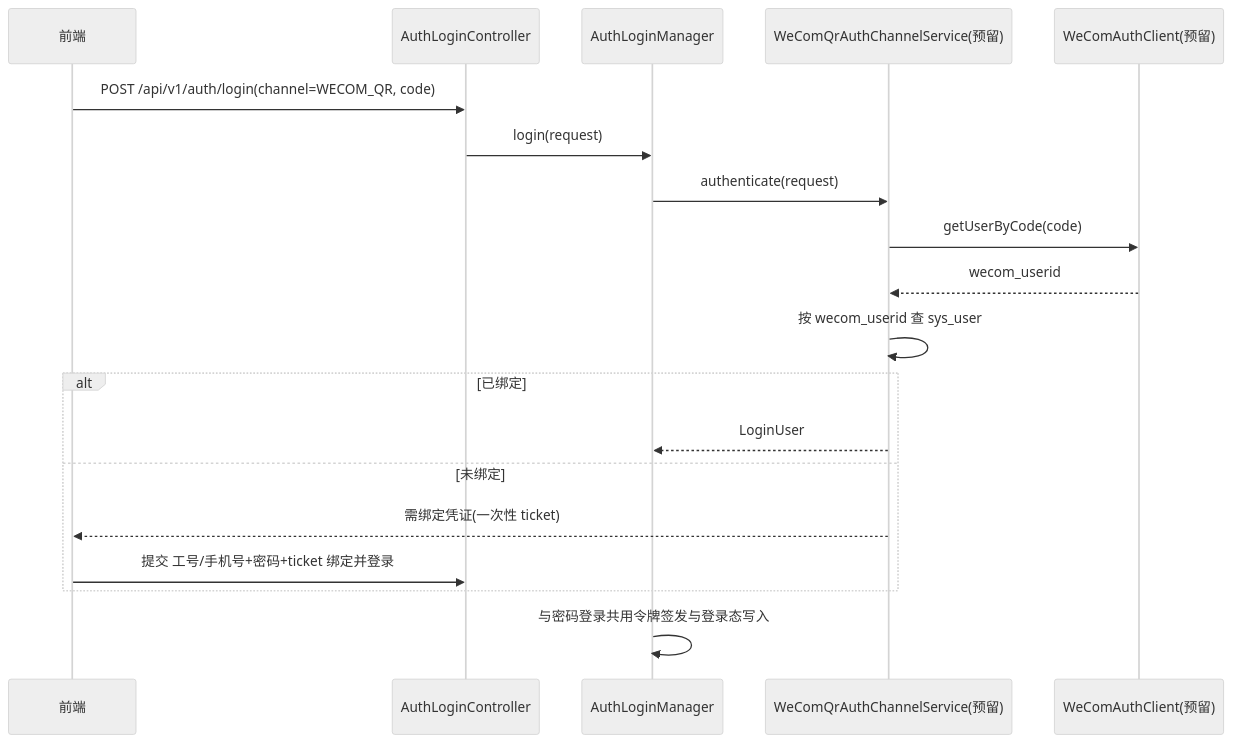
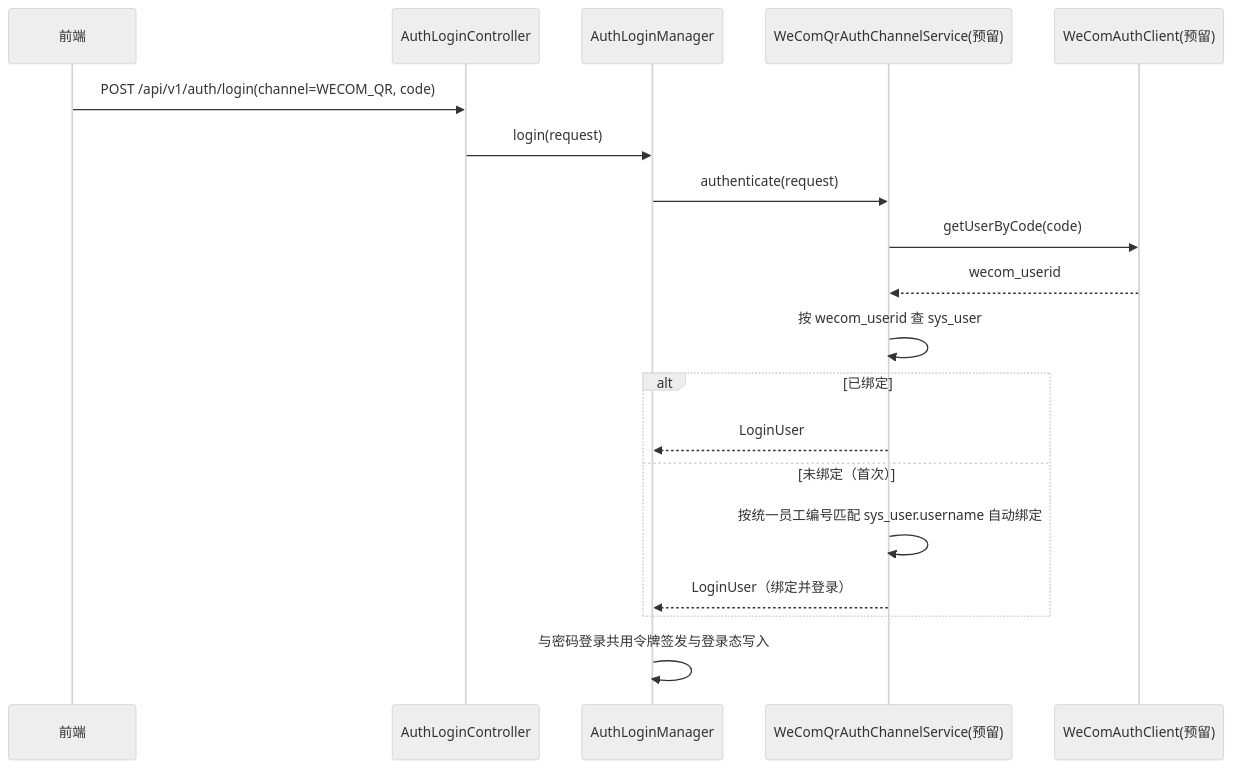
The fifth of 5 diagrams in docs/设计文档-权限管理体系.md (miniWh/cacch-enterprise-platform), drawn with Mermaid (neutral theme) before and after one commit. The commit also changed other lines of this file and 1 other file, not shown here.

````diff
--- a/docs/设计文档-权限管理体系.md
+++ b/docs/设计文档-权限管理体系.md
@@ -408,21 +406,21 @@
 ```mermaid
 sequenceDiagram
     participant FE as 前端
     participant C as AuthLoginController
     participant M as AuthLoginManager
     participant WQ as WeComQrAuthChannelService(预留)
     participant WC as WeComAuthClient(预留)
     FE->>C: POST /api/v1/auth/login(channel=WECOM_QR, code)
     C->>M: login(request)
     M->>WQ: authenticate(request)
     WQ->>WC: getUserByCode(code)
     WC-->>WQ: wecom_userid
     WQ->>WQ: 按 wecom_userid 查 sys_user
     alt 已绑定
         WQ-->>M: LoginUser
-    else 未绑定
-        WQ-->>FE: 需绑定凭证(一次性 ticket)
-        FE->>C: 提交 工号/手机号+密码+ticket 绑定并登录
+    else 未绑定（首次）
+        WQ->>WQ: 按统一员工编号匹配 sys_user.username 自动绑定
+        WQ-->>M: LoginUser（绑定并登录）
     end
     M->>M: 与密码登录共用令牌签发与登录态写入
 ```
````
